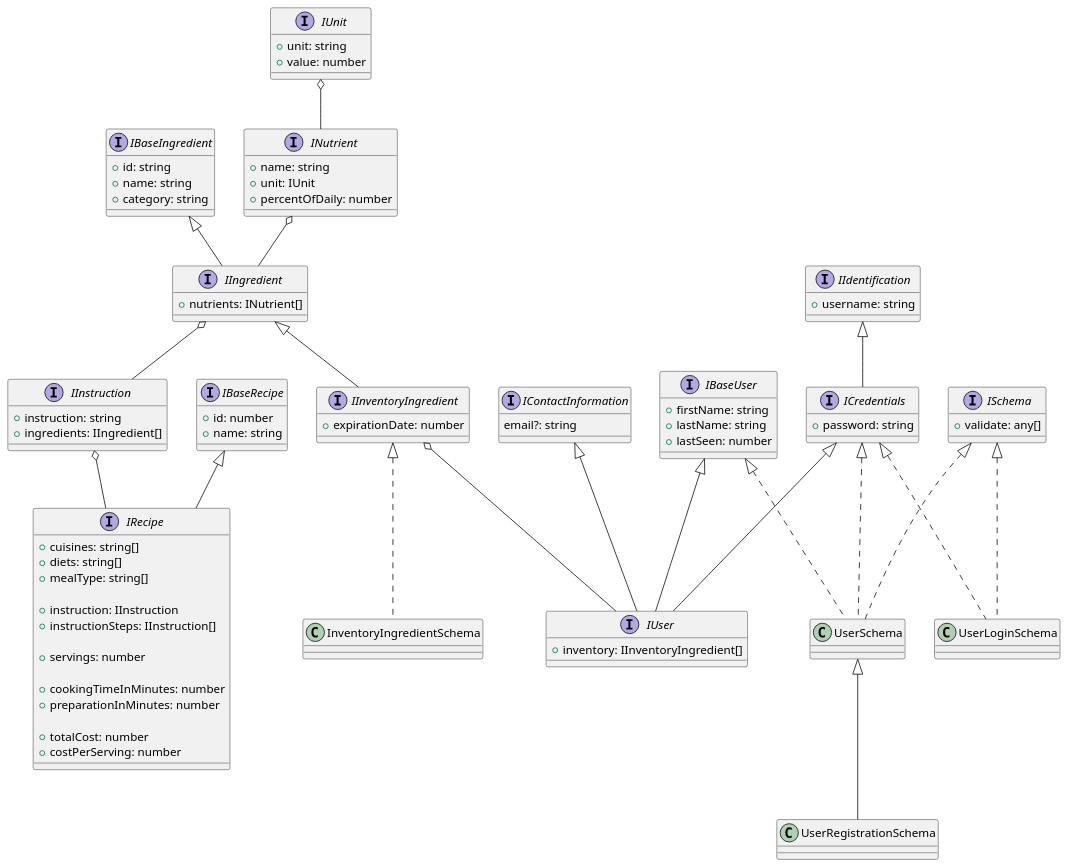
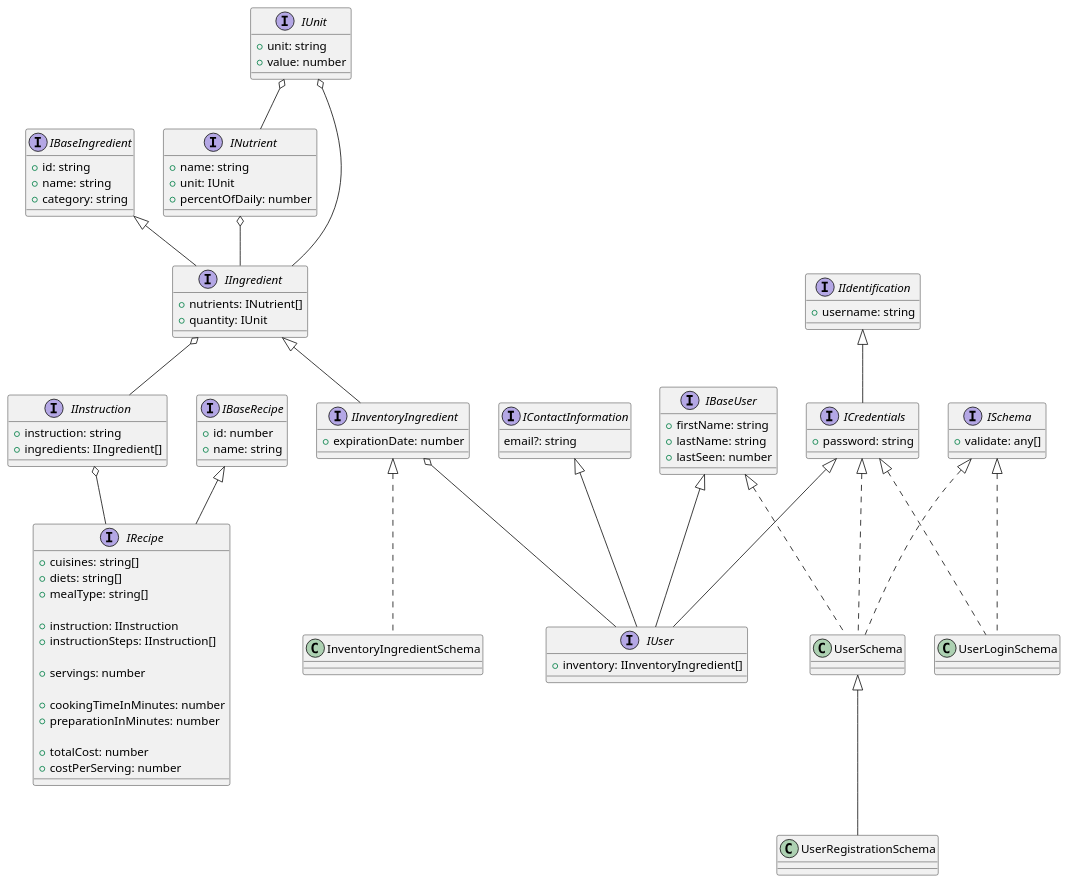
Before and after one commit to COP4331-LargeGroupProject-Fall22/backend: the diagram in DataModel.puml, drawn with PlantUML. The commit also changed 1 other file, not shown here.

```diff
--- a/DataModel.puml
+++ b/DataModel.puml
@@ -1,94 +1,97 @@
 @startuml
 
 interface IBaseRecipe {
     + id: number
     + name: string
 }
 
 interface IRecipe extends IBaseRecipe {
     + cuisines: string[]
     + diets: string[] 
     + mealType: string[]
 
     + instruction: IInstruction
     + instructionSteps: IInstruction[]
     
     + servings: number
     
     + cookingTimeInMinutes: number
     + preparationInMinutes: number
     
     + totalCost: number
     + costPerServing: number
 }
 
 IInstruction o-- IRecipe
 
 interface IInstruction {
     + instruction: string
     + ingredients: IIngredient[]
 }
 
 IIngredient o-- IInstruction
 
 interface IBaseUser {
     + firstName: string
     + lastName: string
     + lastSeen: number
 }
 
 interface IIdentification {
     + username: string
 }
 
 interface IContactInformation {
     email?: string
 }
 
 interface ICredentials extends IIdentification {
     + password: string
 }
 
 interface IBaseIngredient {
     + id: string
     + name: string
     + category: string
 }
 
 interface IIngredient extends IBaseIngredient {
     + nutrients: INutrient[]
+    + quantity: IUnit
 }
+
+IUnit o-- IIngredient
 
 interface IInventoryIngredient extends IIngredient {
     + expirationDate: number
 }
 
 interface INutrient {
     + name: string
     + unit: IUnit
     + percentOfDaily: number
 }
 
 interface IUnit {
     + unit: string
     + value: number
 }
 
 interface IUser extends IBaseUser, ICredentials, IContactInformation {
     + inventory: IInventoryIngredient[]
 }
 
 interface ISchema {
     + validate: any[]
 }
 
 class UserLoginSchema implements ICredentials, ISchema {}
 class UserRegistrationSchema extends UserSchema {}
 class UserSchema implements ICredentials, IBaseUser, ISchema {}
 class InventoryIngredientSchema implements IInventoryIngredient {}
 
 IInventoryIngredient o-- IUser
 INutrient o-- IIngredient
 IUnit o-- INutrient
 
 @enduml
```
